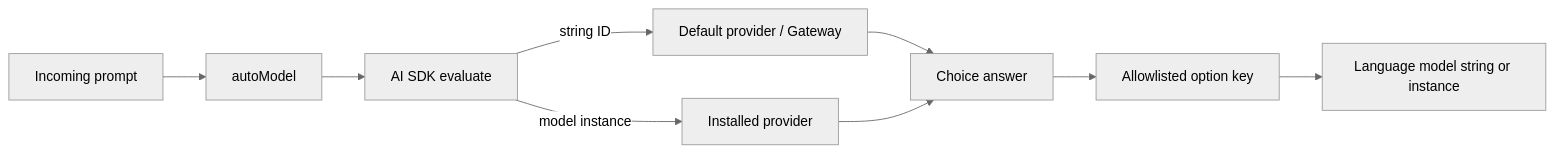
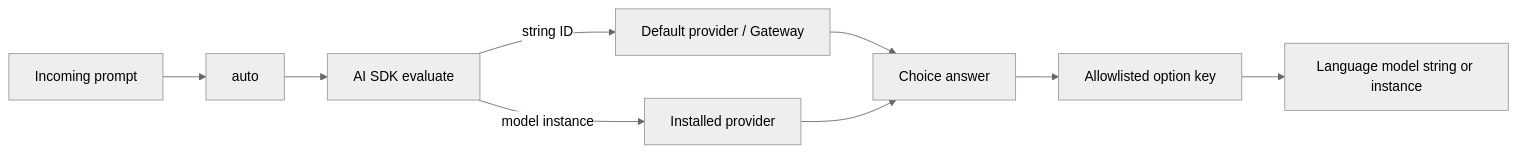
The diagram in research/jev-decision-models.md (vercel/eve), drawn with Mermaid (neutral theme) before and after one commit. The commit also changed other lines of this file and 23 other files, not shown here.

````diff
--- a/research/jev-decision-models.md
+++ b/research/jev-decision-models.md
@@ -68,11 +69,11 @@
 ```mermaid
 flowchart LR
-  P[Incoming prompt] --> A[autoModel]
+  P[Incoming prompt] --> A[auto]
   A --> E[AI SDK evaluate]
   E -->|string ID| G[Default provider / Gateway]
   E -->|model instance| D[Installed provider]
   G --> C[Choice answer]
   D --> C
   C --> K[Allowlisted option key]
   K --> L[Language model string or instance]
 ```
````
